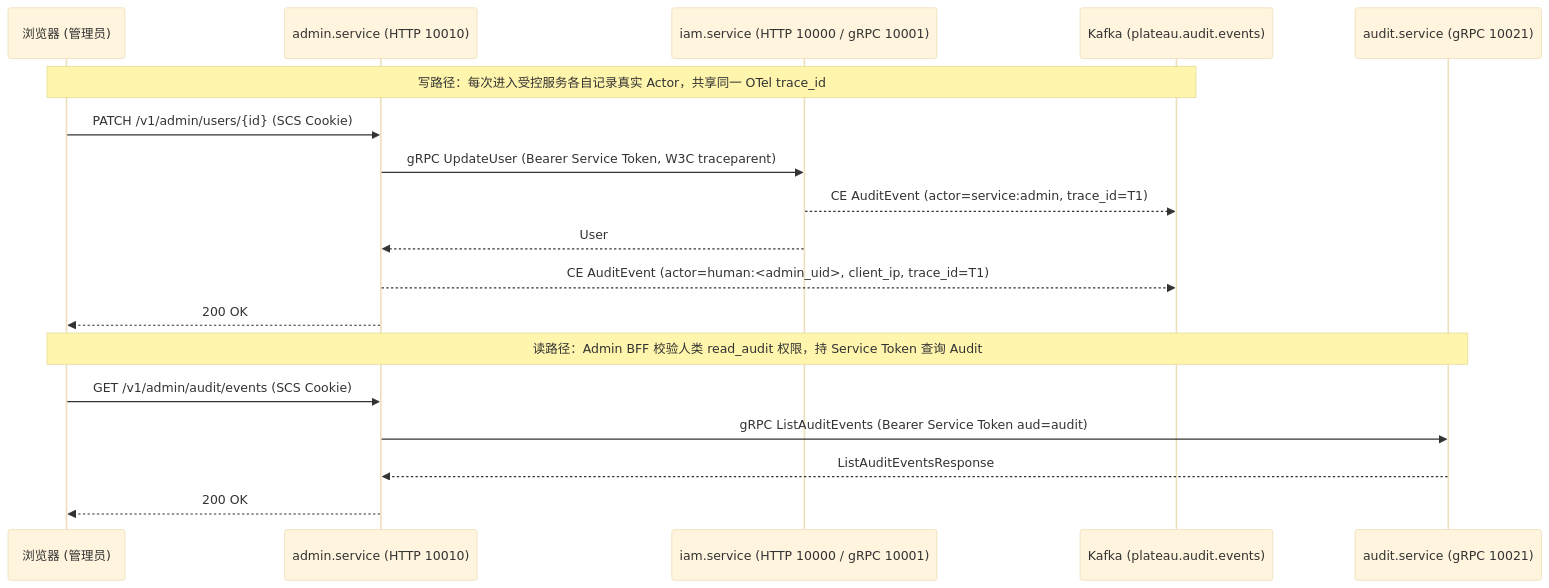
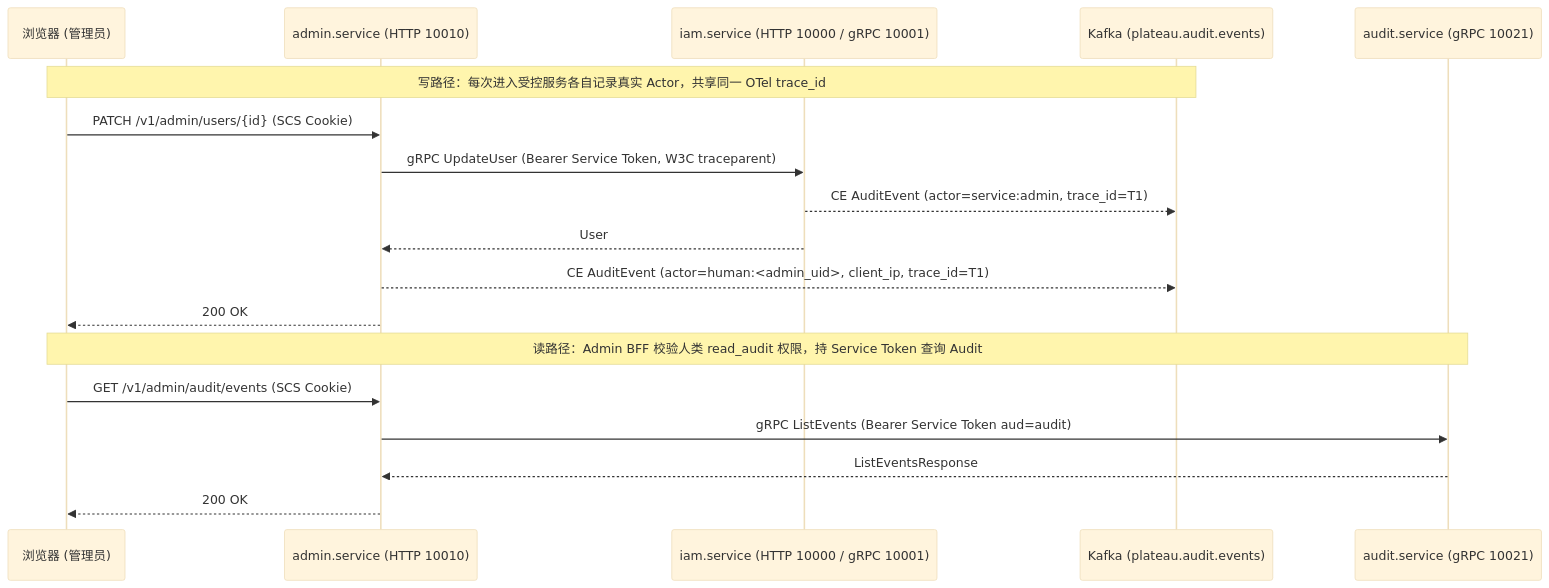
One commit to Servora-Kit/plateau changed the diagram in .trellis/tasks/11-23-audit-v1-producers-bff/design.md. Above: the diagram before and after it, drawn with Mermaid (base theme). The commit also changed other lines of this file and 10 other files, not shown here.

First line of the commit message:
docs(task): 记录 audit-v1-service 子任务交付并同步后续规划

````diff
--- a/.trellis/tasks/11-23-audit-v1-producers-bff/design.md
+++ b/.trellis/tasks/11-23-audit-v1-producers-bff/design.md
@@ -7,22 +7,22 @@
 ```mermaid
 sequenceDiagram
     participant Browser as 浏览器 (管理员)
     participant Admin as admin.service (HTTP 10010)
     participant IAM as iam.service (HTTP 10000 / gRPC 10001)
     participant Kafka as Kafka (plateau.audit.events)
     participant Audit as audit.service (gRPC 10021)
 
     Note over Browser,Kafka: 写路径：每次进入受控服务各自记录真实 Actor，共享同一 OTel trace_id
     Browser->>Admin: PATCH /v1/admin/users/{id} (SCS Cookie)
     Admin->>IAM: gRPC UpdateUser (Bearer Service Token, W3C traceparent)
     IAM-->>Kafka: CE AuditEvent (actor=service:admin, trace_id=T1)
     IAM-->>Admin: User
     Admin-->>Kafka: CE AuditEvent (actor=human:<admin_uid>, client_ip, trace_id=T1)
     Admin-->>Browser: 200 OK
 
     Note over Browser,Audit: 读路径：Admin BFF 校验人类 read_audit 权限，持 Service Token 查询 Audit
     Browser->>Admin: GET /v1/admin/audit/events (SCS Cookie)
-    Admin->>Audit: gRPC ListAuditEvents (Bearer Service Token aud=audit)
-    Audit-->>Admin: ListAuditEventsResponse
+    Admin->>Audit: gRPC ListEvents (Bearer Service Token aud=audit)
+    Audit-->>Admin: ListEventsResponse
     Admin-->>Browser: 200 OK
 ```
````
